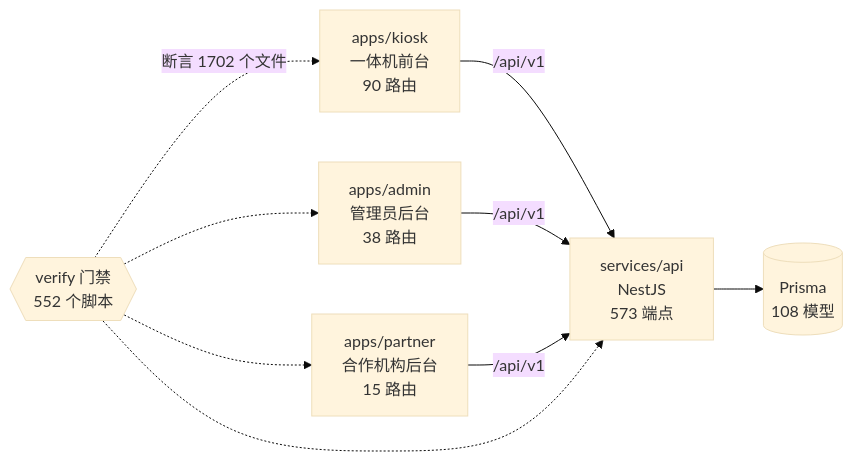
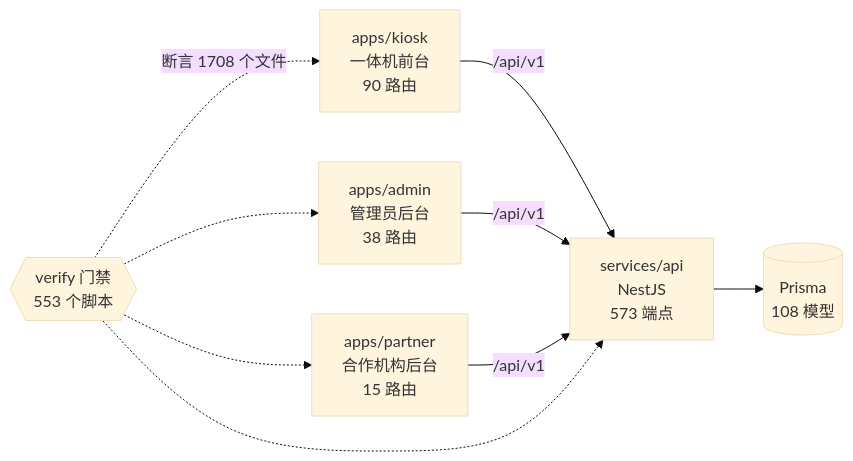
The diagram in docs/graph/README.md (wanglei581/YITIJI), drawn with Mermaid (base theme) before and after one commit. The commit also changed other lines of this file and 2 other files, not shown here.

Commit message:
chore(graph): regenerate

````diff
--- a/docs/graph/README.md
+++ b/docs/graph/README.md
@@ -68,18 +68,18 @@
 ```mermaid
 flowchart LR
   kiosk["apps/kiosk<br/>一体机前台<br/>90 路由"]
   admin["apps/admin<br/>管理员后台<br/>38 路由"]
   partner["apps/partner<br/>合作机构后台<br/>15 路由"]
   api["services/api<br/>NestJS<br/>573 端点"]
   db[("Prisma<br/>108 模型")]
-  gates{{"verify 门禁<br/>552 个脚本"}}
+  gates{{"verify 门禁<br/>553 个脚本"}}
 
   kiosk -->|"/api/v1"| api
   admin -->|"/api/v1"| api
   partner -->|"/api/v1"| api
   api --> db
-  gates -.->|"断言 1702 个文件"| kiosk
+  gates -.->|"断言 1708 个文件"| kiosk
   gates -.-> admin
   gates -.-> partner
   gates -.-> api
 ```
````
